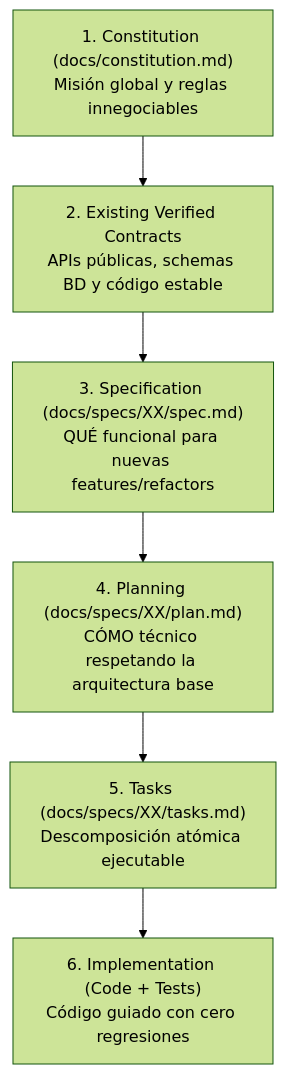
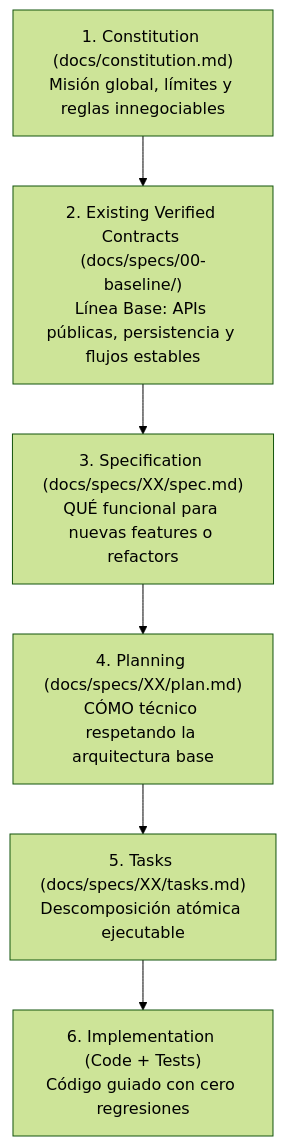
One commit to Thebetus7/SW1-P1-DiagramadorClases-2026-2 changed the diagram in .agents/skills/sdd-adopt/SKILL.md. Above: the diagram before and after it, drawn with Mermaid (forest theme). The commit also changed other lines of this file and 194 other files, not shown here.

````diff
--- a/.agents/skills/sdd-adopt/SKILL.md
+++ b/.agents/skills/sdd-adopt/SKILL.md
@@ -36,16 +36,16 @@
 ```mermaid
 flowchart TD
 
-    C["1. Constitution (docs/constitution.md)<br/>Misión global y reglas innegociables"]
-    E["2. Existing Verified Contracts<br/>APIs públicas, schemas BD y código estable"]
-    S["3. Specification (docs/specs/XX/spec.md)<br/>QUÉ funcional para nuevas features/refactors"]
+    C["1. Constitution (docs/constitution.md)<br/>Misión global, límites y reglas innegociables"]
+    E["2. Existing Verified Contracts (docs/specs/00-baseline/)<br/>Línea Base: APIs públicas, persistencia y flujos estables"]
+    S["3. Specification (docs/specs/XX/spec.md)<br/>QUÉ funcional para nuevas features o refactors"]
     P["4. Planning (docs/specs/XX/plan.md)<br/>CÓMO técnico respetando la arquitectura base"]
     T["5. Tasks (docs/specs/XX/tasks.md)<br/>Descomposición atómica ejecutable"]
     K["6. Implementation (Code + Tests)<br/>Código guiado con cero regresiones"]
 
     C --> E
     E --> S
     S --> P
     P --> T
     T --> K
 ```
````
